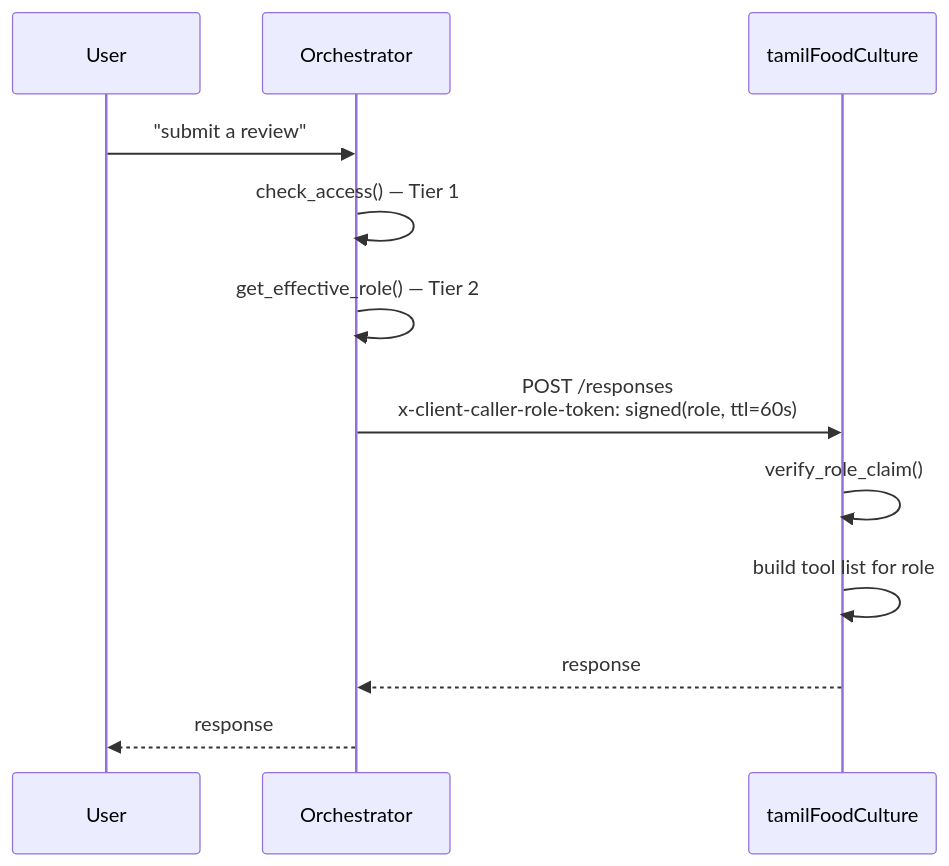
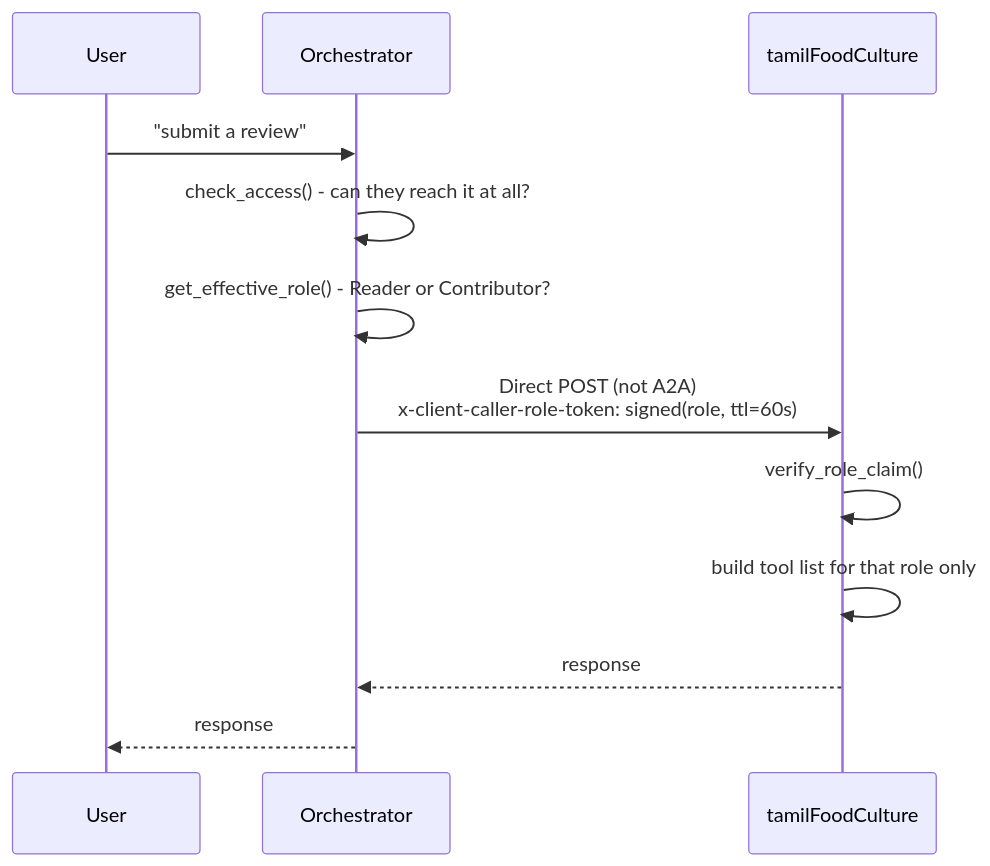
One commit to ChowdriS/ansible-demo changed the diagram in a2a_doc.md. Above: the diagram before and after it, drawn with Mermaid. The commit also changed other lines of this file, not shown here.

````diff
--- a/a2a_doc.md
+++ b/a2a_doc.md
@@ -389,15 +495,15 @@
 ```mermaid
 sequenceDiagram
     participant U as User
     participant O as Orchestrator
     participant F as tamilFoodCulture
 
     U->>O: "submit a review"
-    O->>O: check_access() — Tier 1
-    O->>O: get_effective_role() — Tier 2
-    O->>F: POST /responses<br/>x-client-caller-role-token: signed(role, ttl=60s)
+    O->>O: check_access() - can they reach it at all?
+    O->>O: get_effective_role() - Reader or Contributor?
+    O->>F: Direct POST (not A2A)<br/>x-client-caller-role-token: signed(role, ttl=60s)
     F->>F: verify_role_claim()
-    F->>F: build tool list for role
+    F->>F: build tool list for that role only
     F-->>O: response
     O-->>U: response
 ```
````
